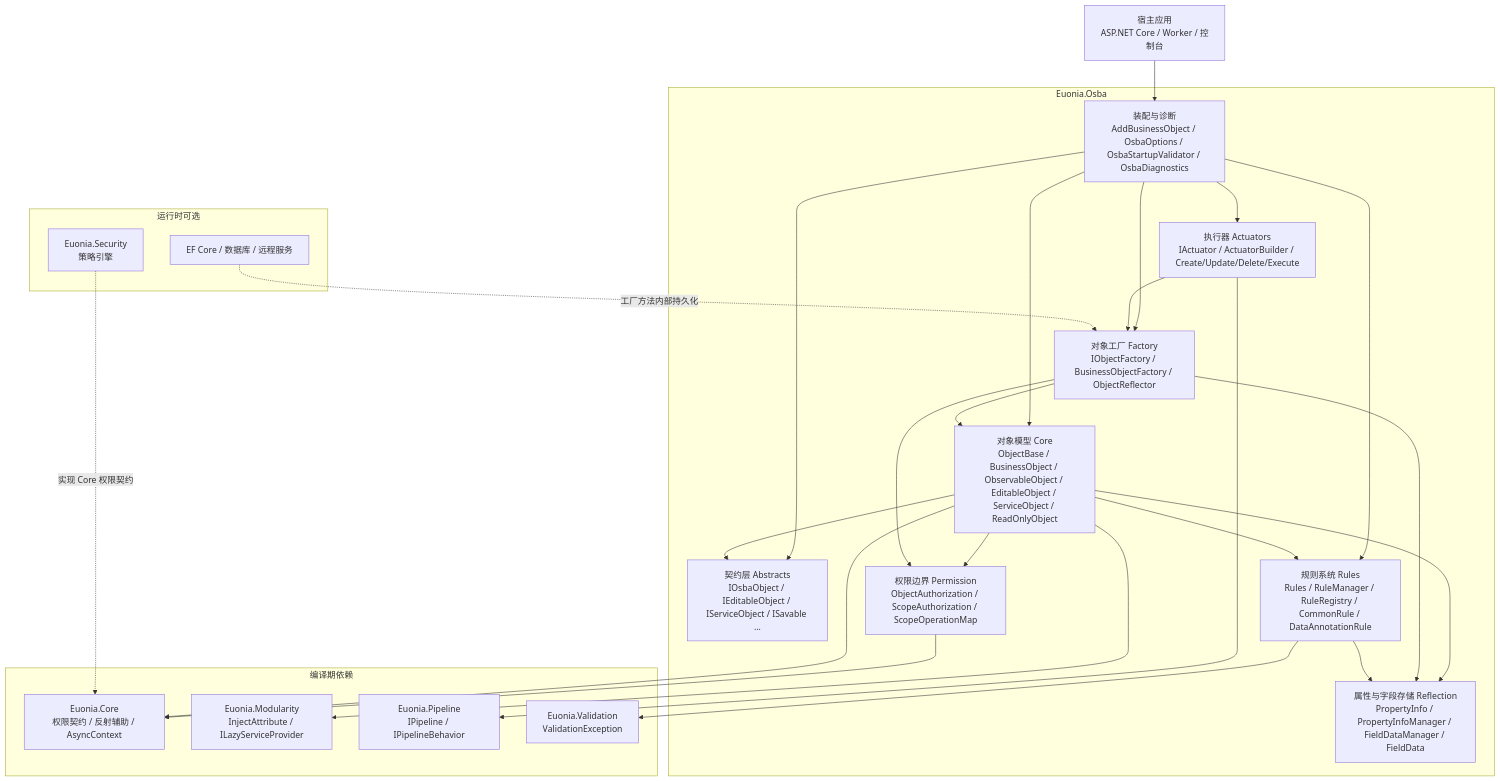
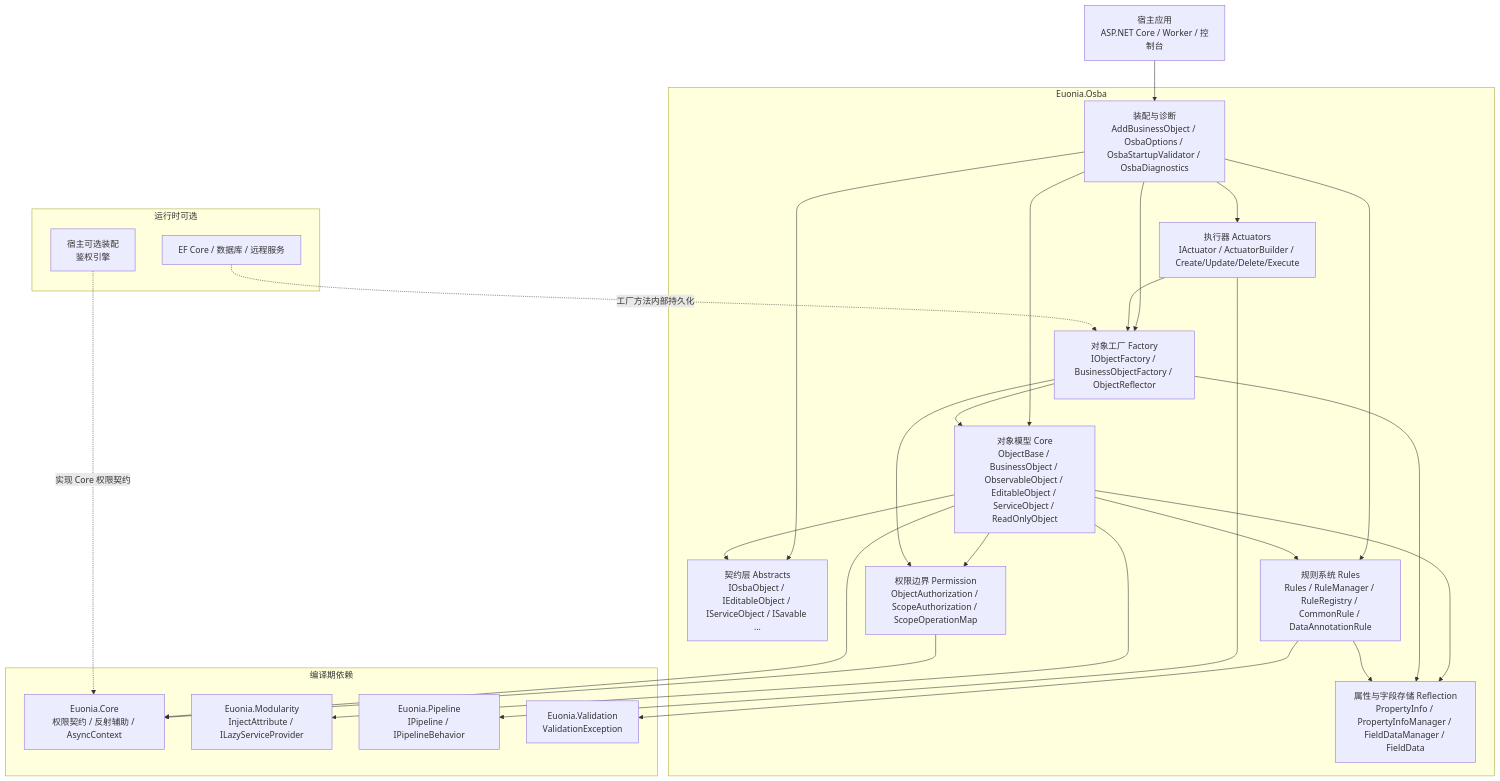
Before and after one commit to euonia-project/euonia-dotnet: the first of 22 diagrams in Source/Euonia.Osba/README.md, drawn with Mermaid. The commit also changed other lines of this file and 98 other files, not shown here.

````diff
--- a/Source/Euonia.Osba/README.md
+++ b/Source/Euonia.Osba/README.md
@@ -406,52 +405,52 @@
 ```mermaid
 flowchart TB
     Host["宿主应用<br/>ASP.NET Core / Worker / 控制台"]
 
     subgraph Osba["Euonia.Osba"]
         Assembly["装配与诊断<br/>AddBusinessObject / OsbaOptions / OsbaStartupValidator / OsbaDiagnostics"]
         Contracts["契约层 Abstracts<br/>IOsbaObject / IEditableObject / IServiceObject / ISavable ..."]
         Model["对象模型 Core<br/>ObjectBase / BusinessObject / ObservableObject / EditableObject / ServiceObject / ReadOnlyObject"]
         Storage["属性与字段存储 Reflection<br/>PropertyInfo / PropertyInfoManager / FieldDataManager / FieldData"]
         Rules["规则系统 Rules<br/>Rules / RuleManager / RuleRegistry / CommonRule / DataAnnotationRule"]
         Factory["对象工厂 Factory<br/>IObjectFactory / BusinessObjectFactory / ObjectReflector"]
         Actuators["执行器 Actuators<br/>IActuator / ActuatorBuilder / Create/Update/Delete/Execute"]
         Permission["权限边界 Permission<br/>ObjectAuthorization / ScopeAuthorization / ScopeOperationMap"]
     end
 
     subgraph Dependencies["编译期依赖"]
         Core["Euonia.Core<br/>权限契约 / 反射辅助 / AsyncContext"]
         Modularity["Euonia.Modularity<br/>InjectAttribute / ILazyServiceProvider"]
         Pipeline["Euonia.Pipeline<br/>IPipeline / IPipelineBehavior"]
         Validation["Euonia.Validation<br/>ValidationException"]
     end
 
     subgraph Optional["运行时可选"]
-        Security["Euonia.Security<br/>策略引擎"]
+        Engine["宿主可选装配<br/>鉴权引擎"]
         Database["EF Core / 数据库 / 远程服务"]
     end
 
     Host --> Assembly
     Assembly --> Contracts
     Assembly --> Model
     Assembly --> Factory
     Assembly --> Actuators
     Assembly --> Rules
 
     Model --> Contracts
     Model --> Storage
     Model --> Rules
     Model --> Permission
     Factory --> Model
     Factory --> Permission
     Factory --> Storage
     Actuators --> Factory
     Rules --> Storage
     Permission --> Core
     Model --> Core
     Model --> Modularity
     Actuators --> Pipeline
     Rules --> Validation
 
-    Security -. 实现 Core 权限契约 .-> Core
+    Engine -. 实现 Core 权限契约 .-> Core
     Database -. 工厂方法内部持久化 .-> Factory
 ```
````
